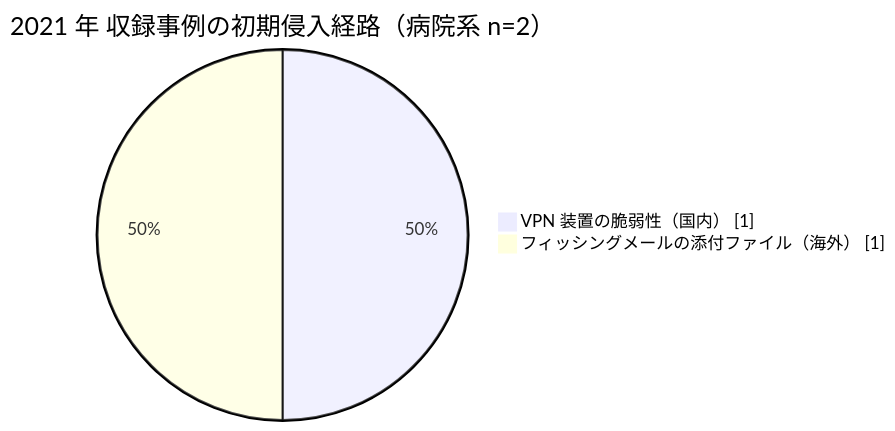
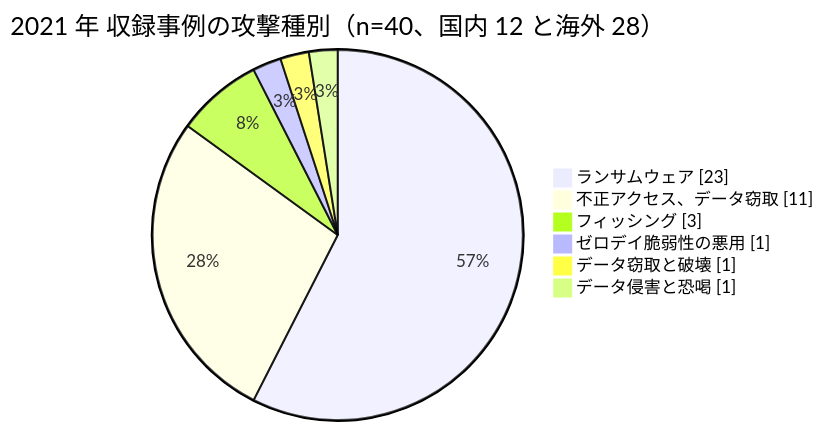
The diagram in docs/threats/incidents/years/2021-summary.md (scgajge12/awesome-healthcare-security), drawn with Mermaid before and after one commit. The commit also changed other lines of this file and 6 other files, not shown here.

````diff
--- a/docs/threats/incidents/years/2021-summary.md
+++ b/docs/threats/incidents/years/2021-summary.md
@@ -32,6 +49,10 @@
 ```mermaid
 pie showData
-    title 2021 年 収録事例の初期侵入経路（病院系 n=2）
-    "VPN 装置の脆弱性（国内）" : 1
-    "フィッシングメールの添付ファイル（海外）" : 1
+    title 2021 年 収録事例の攻撃種別（n=40、国内 12 と海外 28）
+    "ランサムウェア" : 23
+    "不正アクセス、データ窃取" : 11
+    "フィッシング" : 3
+    "ゼロデイ脆弱性の悪用" : 1
+    "データ窃取と破壊" : 1
+    "データ侵害と恐喝" : 1
 ```
````
